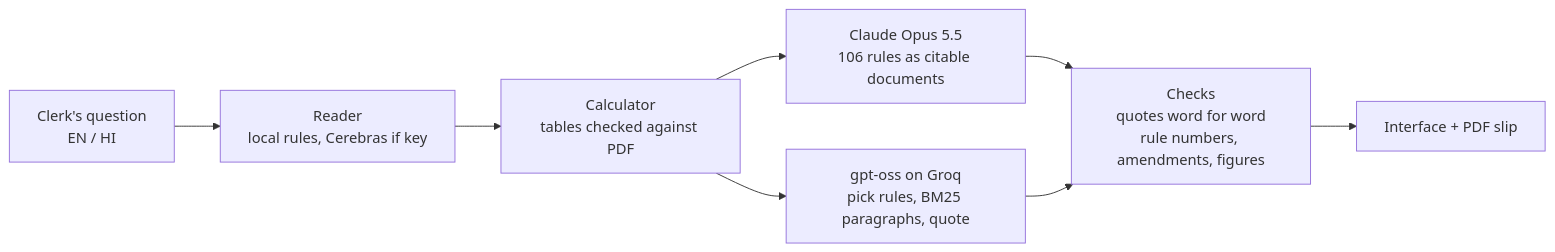
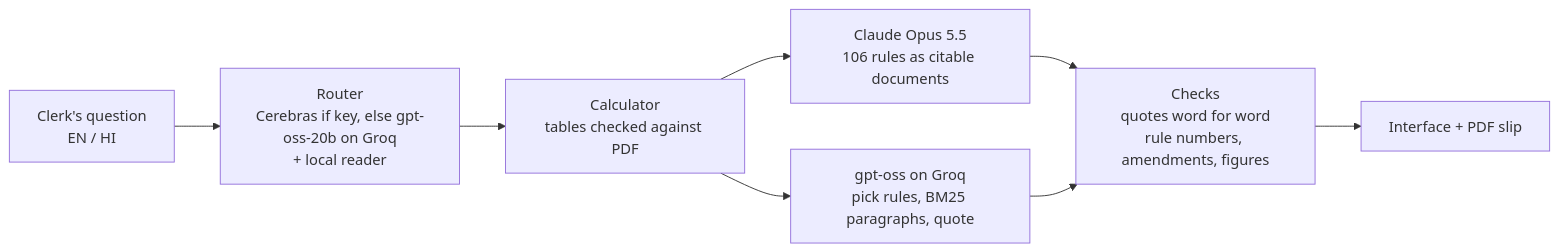
One commit to Priyanshu12116/KSHITI changed the diagram in README.md. Above: the diagram before and after it, drawn with Mermaid. The commit also changed other lines of this file and 13 other files, not shown here.

First line of the commit message:
Claude Opus 5.5 live and measured; free-inference router on Groq in place of Cerebras

````diff
--- a/README.md
+++ b/README.md
@@ -107,10 +109,10 @@
 ```mermaid
 flowchart LR
-  Q[Clerk's question<br/>EN / HI] --> R[Reader<br/>local rules, Cerebras if key]
+  Q[Clerk's question<br/>EN / HI] --> R[Router<br/>Cerebras if key, else gpt-oss-20b on Groq<br/>+ local reader]
   R --> C[Calculator<br/>tables checked against PDF]
   C --> L1[Claude Opus 5.5<br/>106 rules as citable documents]
   C --> L2[gpt-oss on Groq<br/>pick rules, BM25 paragraphs, quote]
   L1 --> V[Checks<br/>quotes word for word<br/>rule numbers, amendments, figures]
   L2 --> V
   V --> U[Interface + PDF slip]
 ```
````
